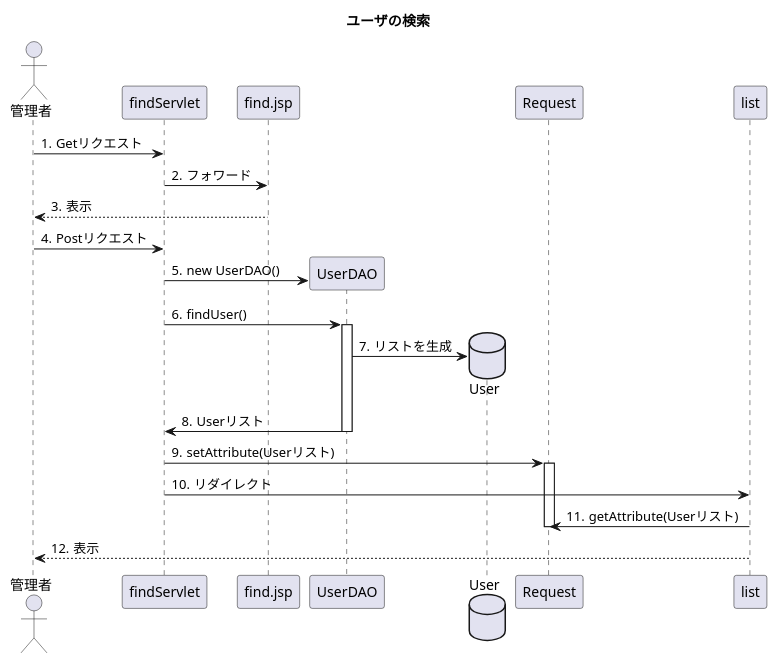
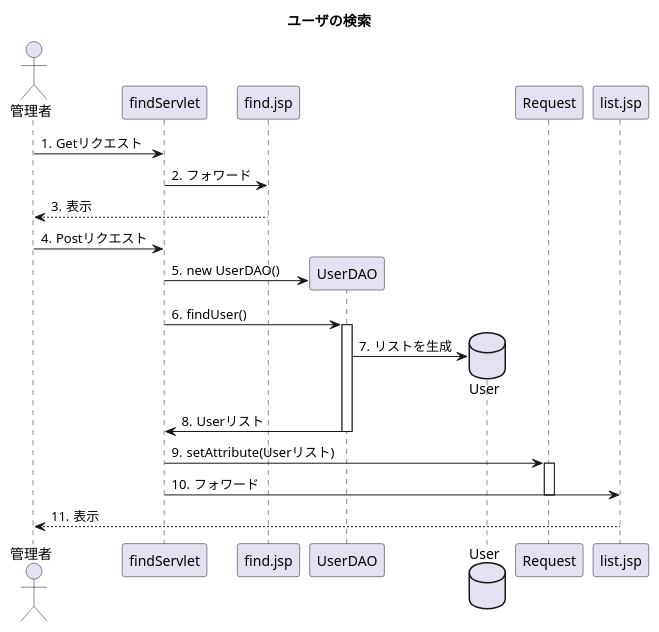
The diagram in uml_detail/seq_find.pu (toufu66/ProjectC), drawn with PlantUML before and after one commit.

Commit message:
詳細シーケンス 検索

```diff
--- a/uml_detail/seq_find.pu
+++ b/uml_detail/seq_find.pu
@@ -1,29 +1,28 @@
 @startuml
 title ユーザの検索
 
 autonumber "#."
 
 actor 管理者
 participant findServlet
 participant find.jsp
 
 participant UserDAO
 database User
 
 
 管理者 -> findServlet:Getリクエスト
 findServlet -> find.jsp:フォワード
 find.jsp --> 管理者:表示
 管理者 -> findServlet:Postリクエスト
 findServlet -> UserDAO**:new UserDAO()
 findServlet -> UserDAO++:findUser()
 UserDAO -> User**:リストを生成
 UserDAO -> findServlet--:Userリスト
 findServlet -> Request++:setAttribute(Userリスト)
-findServlet -> list:リダイレクト
-list -> Request:getAttribute(Userリスト)
+findServlet -> list.jsp:フォワード
 Request--
-list --> 管理者:表示
+list.jsp --> 管理者:表示
 
 
 @enduml
```
